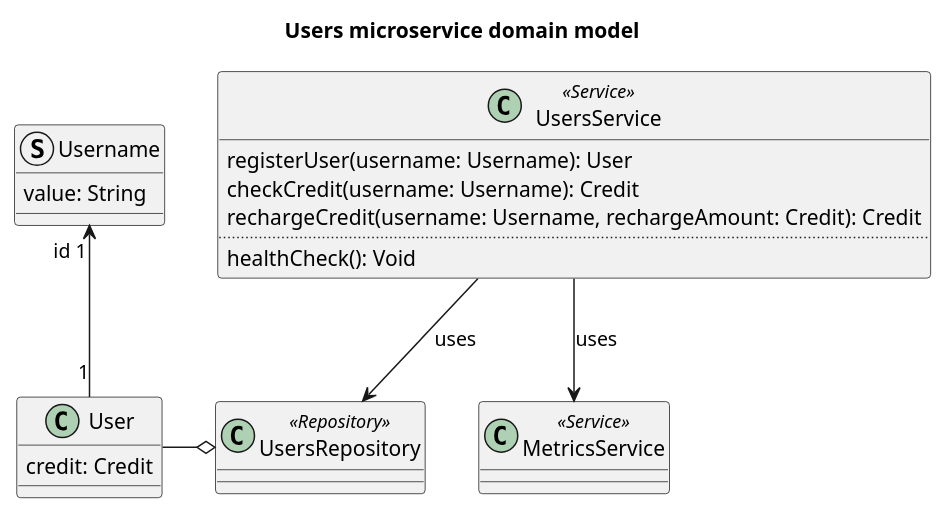
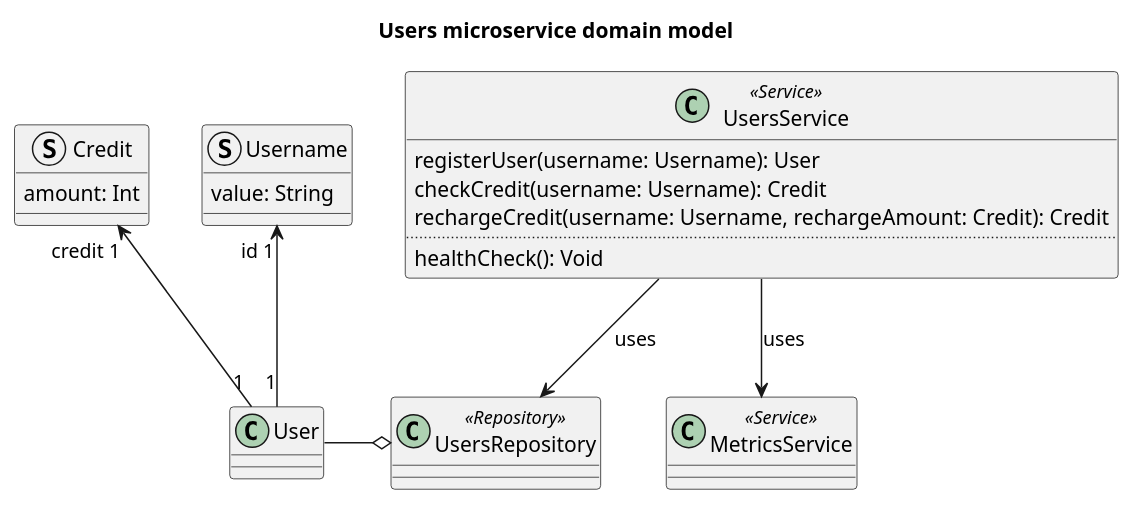
The diagram in doc/diagrams/src/users-microservice-domain-model.puml (Ventus218/SAP-assignment-02), drawn with PlantUML before and after one commit.

Commit message:
Added Credit value object

```diff
--- a/doc/diagrams/src/users-microservice-domain-model.puml
+++ b/doc/diagrams/src/users-microservice-domain-model.puml
@@ -1,29 +1,33 @@
 @startuml users-microservice-domain-model
 
 title Users microservice domain model
 
-class User {
-    credit: Credit
-}
+class User {}
+
 struct Username {
     value: String
 }
 User "1" -u-> "id 1" Username
+
+struct Credit {
+    amount: Int
+}
+User "1" -u-> "credit 1" Credit
 
 class UsersRepository <<Repository>>
 UsersRepository o-l- User
 
 class UsersService <<Service>> {
     registerUser(username: Username): User
     checkCredit(username: Username): Credit
     rechargeCredit(username: Username, rechargeAmount: Credit): Credit
     ..
     healthCheck(): Void
 }
 
 UsersService --> UsersRepository : "uses"
 
 class MetricsService <<Service>>
 UsersService --> MetricsService : "uses"
 
 @enduml
```
